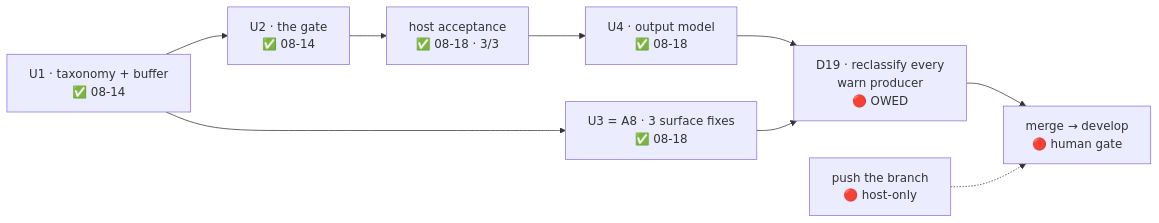
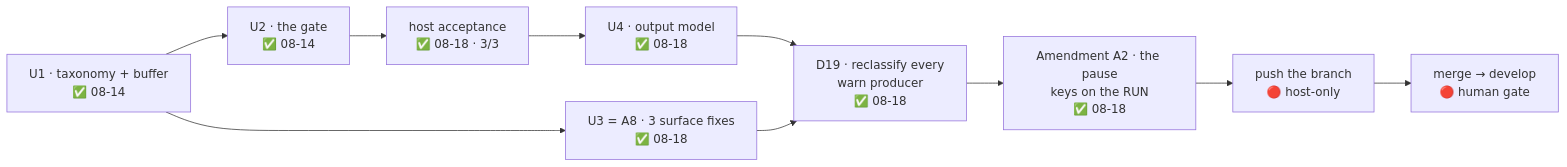
Before and after one commit to alergyonthestage/claude-orchestrator: the diagram in docs/maintainers/handoff.md, drawn with Mermaid. The commit also changed other lines of this file and 1 other file, not shown here.

First line of the commit message:
docs(handoff): close the D19 + A2 session — the cycle owes nothing before its merge

````diff
--- a/docs/maintainers/handoff.md
+++ b/docs/maintainers/handoff.md
@@ -19,11 +21,12 @@
 ```mermaid
 flowchart LR
     U1["U1 · taxonomy + buffer<br/>✅ 08-14"] --> U2["U2 · the gate<br/>✅ 08-14"]
     U2 --> HOST["host acceptance<br/>✅ 08-18 · 3/3"]
     HOST --> U4["U4 · output model<br/>✅ 08-18"]
     U1 --> U3["U3 = A8 · 3 surface fixes<br/>✅ 08-18"]
-    U4 --> D19["D19 · reclassify every<br/>warn producer<br/>🔴 OWED"]
+    U4 --> D19["D19 · reclassify every<br/>warn producer<br/>✅ 08-18"]
     U3 --> D19
-    D19 --> MERGE["merge → develop<br/>🔴 human gate"]
-    PUSH["push the branch<br/>🔴 host-only"] -.-> MERGE
+    D19 --> A2["Amendment A2 · the pause<br/>keys on the RUN<br/>✅ 08-18"]
+    A2 --> PUSH["push the branch<br/>🔴 host-only"]
+    PUSH --> MERGE["merge → develop<br/>🔴 human gate"]
 ```
````
